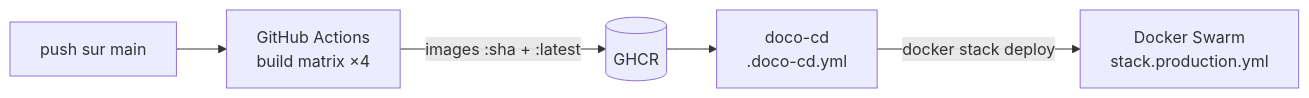
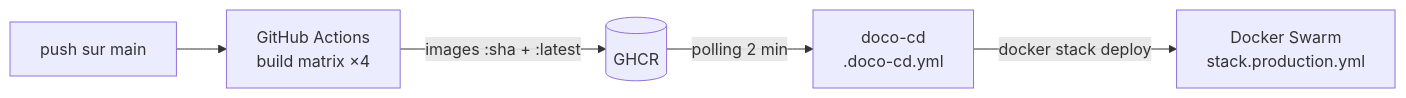
Before and after one commit to LOIC-only-one/projet-m705-serveur: the fourth of 4 diagrams in README.md, drawn with Mermaid. The commit also changed 4 other files, not shown here.

First line of the commit message:
fix(prod): init MongoDB sous mongosh + déploiement continu doco-cd en polling

````diff
--- a/README.md
+++ b/README.md
@@ -112,7 +112,7 @@
 ```mermaid
 flowchart LR
     P[push sur main] --> GA[GitHub Actions<br/>build matrix ×4]
     GA -->|images :sha + :latest| GH[(GHCR)]
-    GH --> DC[doco-cd<br/>.doco-cd.yml]
+    GH -->|polling 2 min| DC[doco-cd<br/>.doco-cd.yml]
     DC -->|docker stack deploy| SW[Docker Swarm<br/>stack.production.yml]
 ```
````
